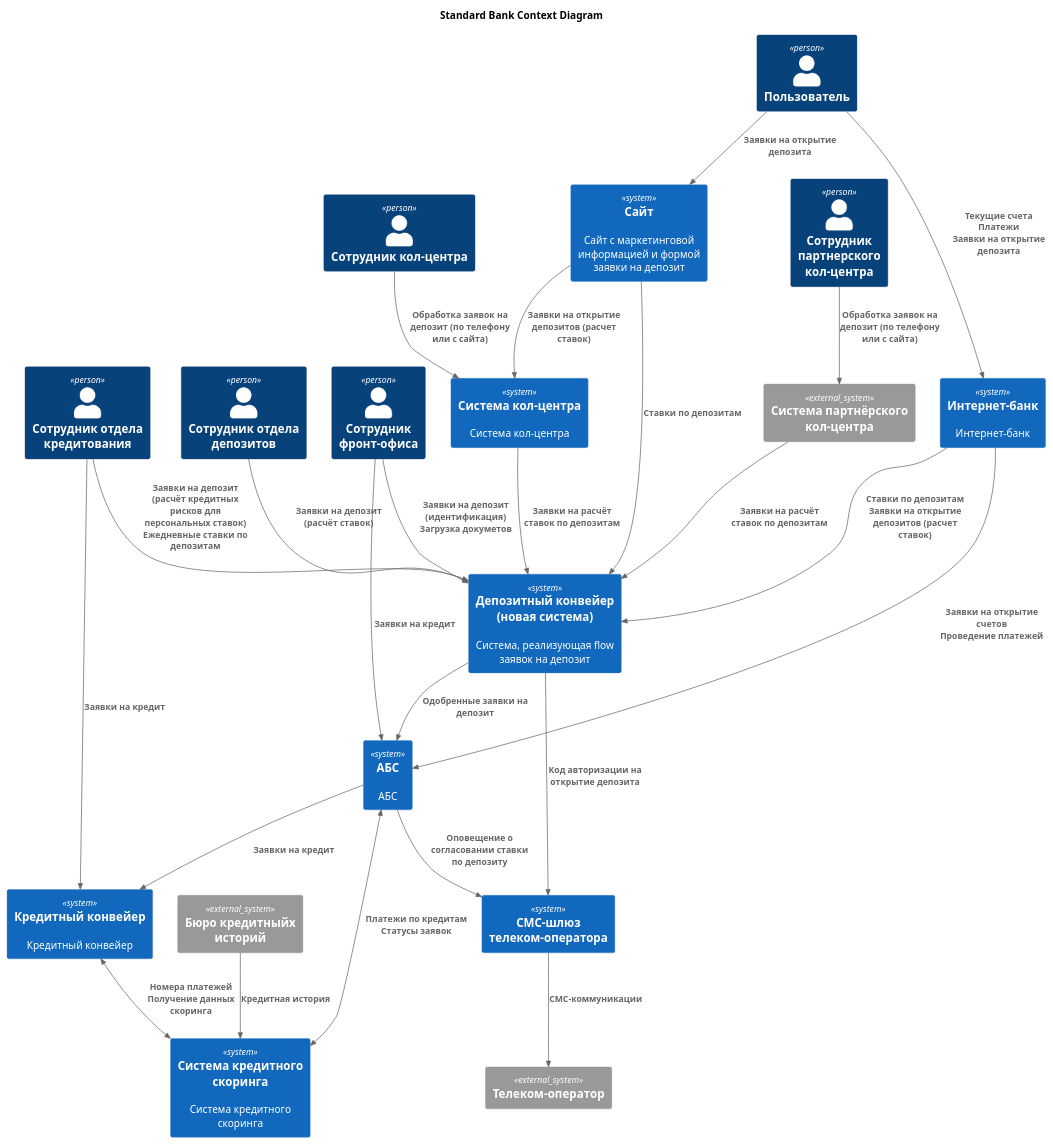
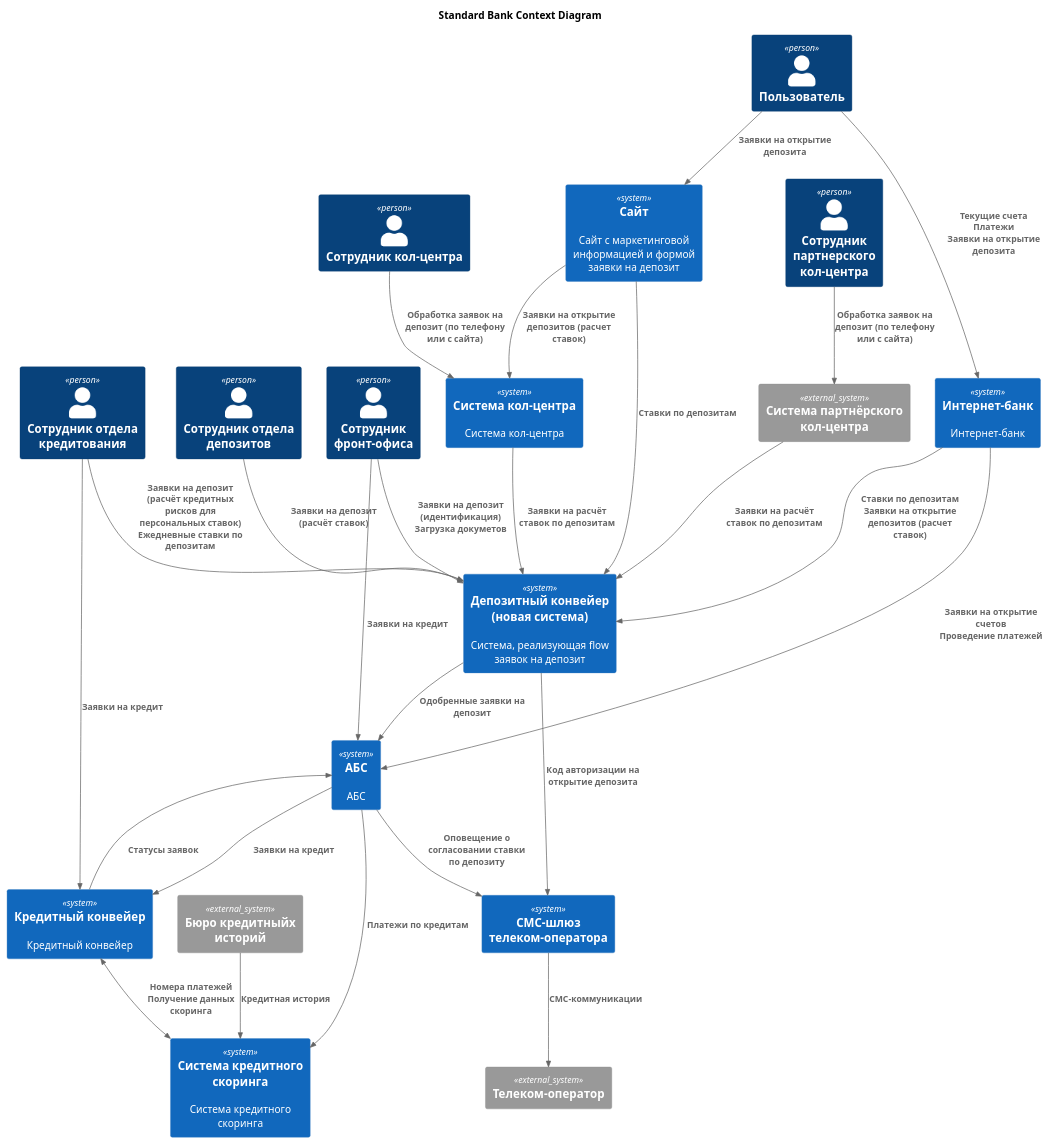
One commit to El-76/architect-standard changed the diagram in Task3/Context.puml. Above: the diagram before and after it, drawn with PlantUML. The commit also changed 7 other files, not shown here.

```diff
--- a/Task3/Context.puml
+++ b/Task3/Context.puml
@@ -2,61 +2,62 @@
 @startuml StandardContext
 
 title Standard Bank Context Diagram
 
 !include <C4/C4_Component>
 
 Person(Customer, "Пользователь")
 Person(CallCenterEmployee, "Сотрудник кол-центра")
 Person(PartnerCallCenterEmployee, "Сотрудник партнерского кол-центра")
 Person(FrontOfficeEmployee, "Сотрудник фронт-офиса")
 Person(DepositBackOfficeEmployee, "Сотрудник отдела депозитов")
 Person(CreditBackOfficeEmployee, "Сотрудник отдела кредитования")
 
 System(WebSite, "Сайт", "Сайт с маркетинговой информацией и формой заявки на депозит")
 System(InternetBank, "Интернет-банк","Интернет-банк")
 System(CRM, "Система кол-центра","Система кол-центра")
 System(ABS, "АБС","АБС")
 System(DepositConveyor, "Депозитный конвейер (новая система)", "Система, реализующая flow заявок на депозит")
 System(CreditConveyor, "Кредитный конвейер", "Кредитный конвейер")
 System(CreditScoring, "Система кредитного скоринга", "Система кредитного скоринга")
 System(SMSGateway, "СМС-шлюз телеком-оператора")
 
 System_Ext(PartnerCRM, "Система партнёрского кол-центра")
 System_Ext(CreditHistoryBureau, "Бюро кредитныйх историй")
 System_Ext(CellularOperator, "Телеком-оператор")
 
 Rel(Customer, WebSite, "Заявки на открытие депозита")
 Rel(Customer, InternetBank, "Текущие счета\nПлатежи\nЗаявки на открытие депозита")
 
 Rel(FrontOfficeEmployee, DepositConveyor, "Заявки на депозит (идентификация)\nЗагрузка докуметов")
 Rel(FrontOfficeEmployee, ABS, "Заявки на кредит")
 Rel(DepositBackOfficeEmployee, DepositConveyor, "Заявки на депозит (расчёт ставок)")
 Rel(CreditBackOfficeEmployee, DepositConveyor, "Заявки на депозит (расчёт кредитных рисков для персональных ставок)\nЕжедневные ставки по депозитам")
 Rel(CreditBackOfficeEmployee, CreditConveyor, "Заявки на кредит")
 Rel(CallCenterEmployee, CRM, "Обработка заявок на депозит (по телефону или с сайта)")
 Rel(PartnerCallCenterEmployee, PartnerCRM, "Обработка заявок на депозит (по телефону или с сайта)")
 
 Rel(WebSite, DepositConveyor, "Ставки по депозитам")
 Rel(WebSite, CRM, "Заявки на открытие депозитов (расчет ставок)")
 
 Rel(InternetBank, ABS, "Заявки на открытие счетов\nПроведение платежей")
 Rel(InternetBank, DepositConveyor, "Ставки по депозитам\nЗаявки на открытие депозитов (расчет ставок)")
 
 Rel(ABS, SMSGateway, "Оповещение о согласовании ставки по депозиту")
 Rel(DepositConveyor, SMSGateway, "Код авторизации на открытие депозита")
 
 Rel(DepositConveyor, ABS, "Одобренные заявки на депозит")
 
 Rel(ABS, CreditConveyor, "Заявки на кредит")
-BiRel(ABS, CreditScoring, "Платежи по кредитам\nСтатусы заявок")
+Rel(ABS, CreditScoring, "Платежи по кредитам")
+Rel(CreditConveyor, ABS, "Статусы заявок")
 BiRel(CreditConveyor, CreditScoring, "Номера платежей\nПолучение данных скоринга")
 
 Rel(CreditHistoryBureau, CreditScoring, "Кредитная история")
 
 Rel(CRM, DepositConveyor, "Заявки на расчёт ставок по депозитам")
 Rel(PartnerCRM, DepositConveyor, "Заявки на расчёт ставок по депозитам")
 
 Rel(SMSGateway, CellularOperator, "СМС-коммуникации")
 
 
 @enduml
```
